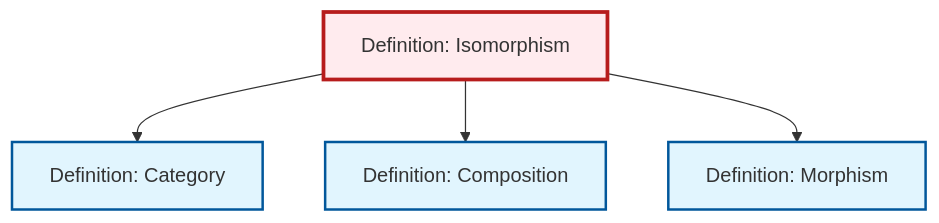
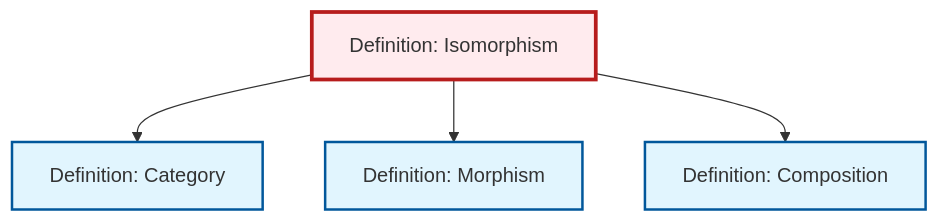
One commit to RK0429/ModernMath changed the diagram in content/en/category-theory/def-isomorphism.qmd. Above: the diagram before and after it, drawn with Mermaid. The commit also changed other lines of this file and 417 other files, not shown here.

````diff
--- a/content/en/category-theory/def-isomorphism.qmd
+++ b/content/en/category-theory/def-isomorphism.qmd
@@ -82,20 +82,20 @@
 ```{mermaid}
 %%| fig-cap: "Local dependency graph"
 graph TD
     classDef definition fill:#e1f5fe,stroke:#01579b,stroke-width:2px
     classDef theorem fill:#f3e5f5,stroke:#4a148c,stroke-width:2px
     classDef axiom fill:#fff3e0,stroke:#e65100,stroke-width:2px
     classDef example fill:#e8f5e9,stroke:#1b5e20,stroke-width:2px
     classDef current fill:#ffebee,stroke:#b71c1c,stroke-width:3px
+    def-category["Definition: Category"]:::definition
+    def-morphism["Definition: Morphism"]:::definition
+    def-isomorphism["Definition: Isomorphism"]:::definition
     def-composition["Definition: Composition"]:::definition
-    def-isomorphism["Definition: Isomorphism"]:::definition
-    def-morphism["Definition: Morphism"]:::definition
-    def-category["Definition: Category"]:::definition
     def-isomorphism --> def-category
+    def-isomorphism --> def-morphism
     def-isomorphism --> def-composition
-    def-isomorphism --> def-morphism
     class def-isomorphism current
+    click def-category "def-category.html" "Go to Category definition"
+    click def-morphism "def-morphism.html" "Go to Morphism definition"
     click def-composition "def-composition.html" "Go to Composition definition"
-    click def-morphism "def-morphism.html" "Go to Morphism definition"
-    click def-category "def-category.html" "Go to Category definition"
 ```
````
